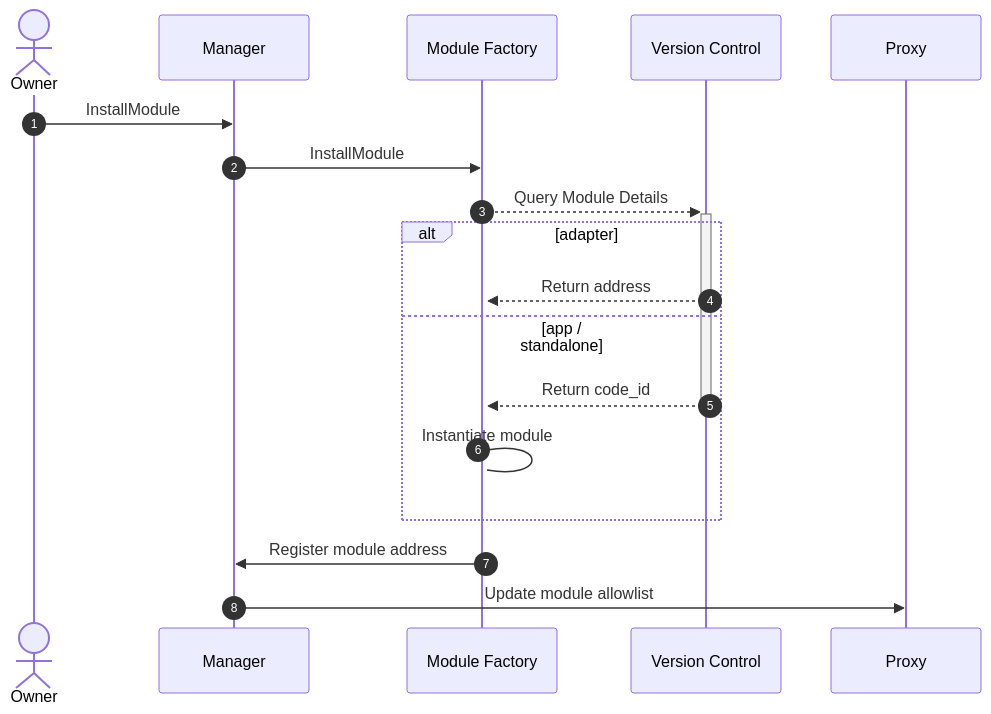
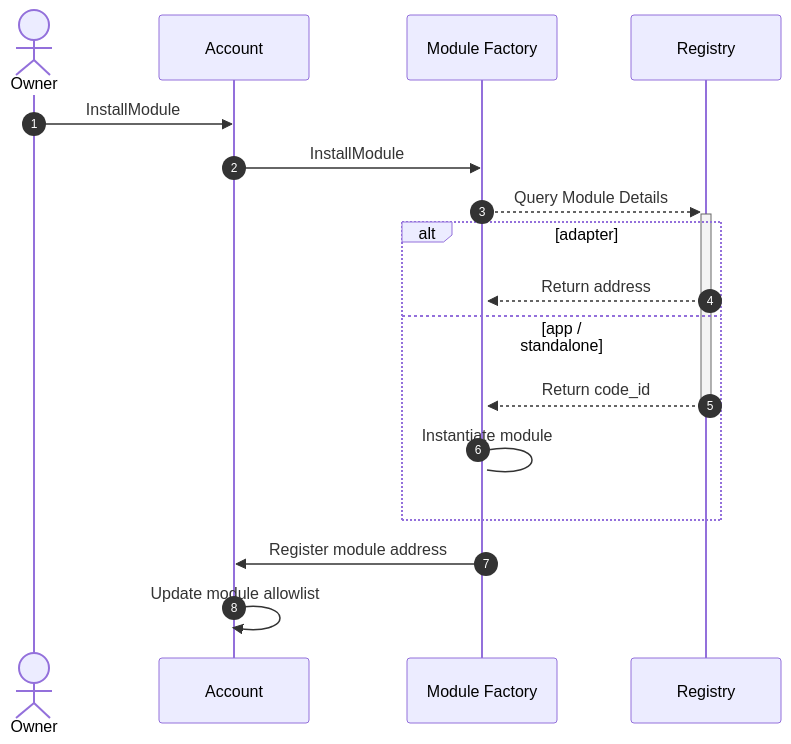
One commit to AbstractSDK/abstract changed the first of 5 diagrams in framework/docs/src/5_platform/8_modules.md. Above: the diagram before and after it, drawn with Mermaid. The commit also changed other lines of this file and 137 other files, not shown here.

````diff
--- a/framework/docs/src/5_platform/8_modules.md
+++ b/framework/docs/src/5_platform/8_modules.md
@@ -11,20 +9,19 @@
 ```mermaid
 sequenceDiagram
     autonumber
     actor U as Owner
-    participant M as Manager
+    participant A as Account
     participant MF as Module Factory
-    participant VC as Version Control
-    participant P as Proxy
-    U ->> M: InstallModule
-    M ->> MF: InstallModule
-    MF -->>+ VC: Query Module Details
+    participant REG as Registry
+    U ->> A: InstallModule
+    A ->> MF: InstallModule
+    MF -->>+ REG: Query Module Details
     alt adapter
-        VC -->>+ MF: Return address
+        REG -->>+ MF: Return address
     else app / standalone
-        VC -->>- MF: Return code_id
+        REG -->>- MF: Return code_id
         MF -> MF: Instantiate module
     end
-    MF ->> M: Register module address
-    M ->> P: Update module allowlist
+    MF ->> A: Register module address
+    A ->> A: Update module allowlist
 ```
````
